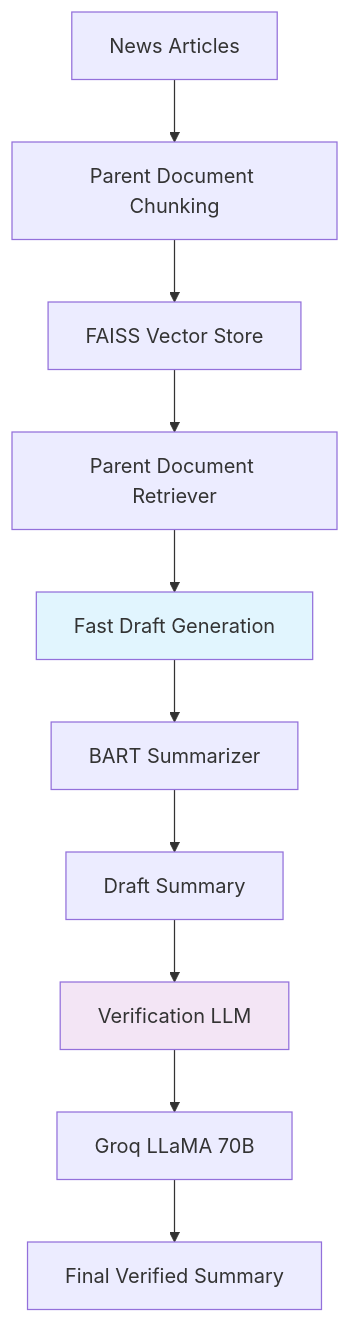
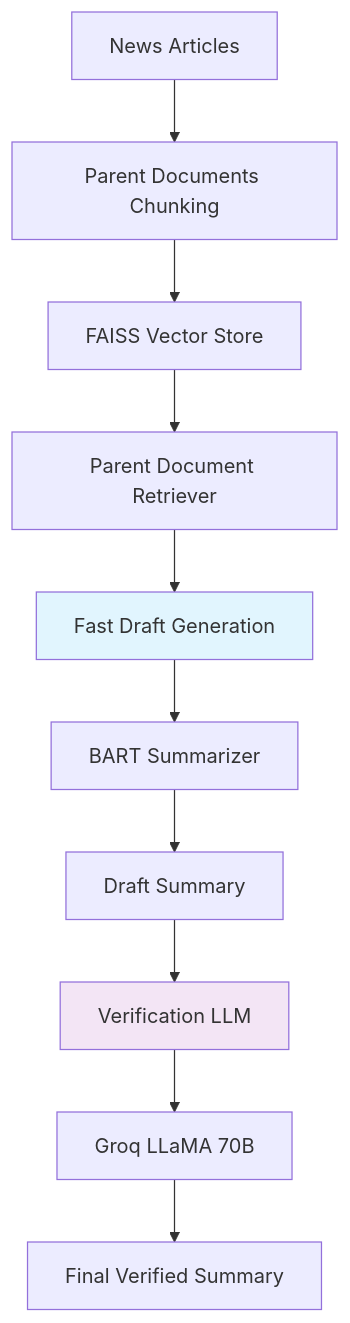
The third of 10 diagrams in README.MD (dhruvsh1997/AdvanceRAG-Concepts-Langchain), drawn with Mermaid before and after one commit.

````diff
--- a/README.MD
+++ b/README.MD
@@ -135,15 +135,15 @@
 ```mermaid
 graph TD
-    A[News Articles] --> B[Parent Document Chunking]
+    A[News Articles] --> B[Parent Documents Chunking]
     B --> C[FAISS Vector Store]
     C --> D[Parent Document Retriever]
     D --> E[Fast Draft Generation]
     E --> F[BART Summarizer]
     F --> G[Draft Summary]
     G --> H[Verification LLM]
     H --> I[Groq LLaMA 70B]
     I --> J[Final Verified Summary]
     
     style E fill:#e1f5fe
     style H fill:#f3e5f5
 ```
````
